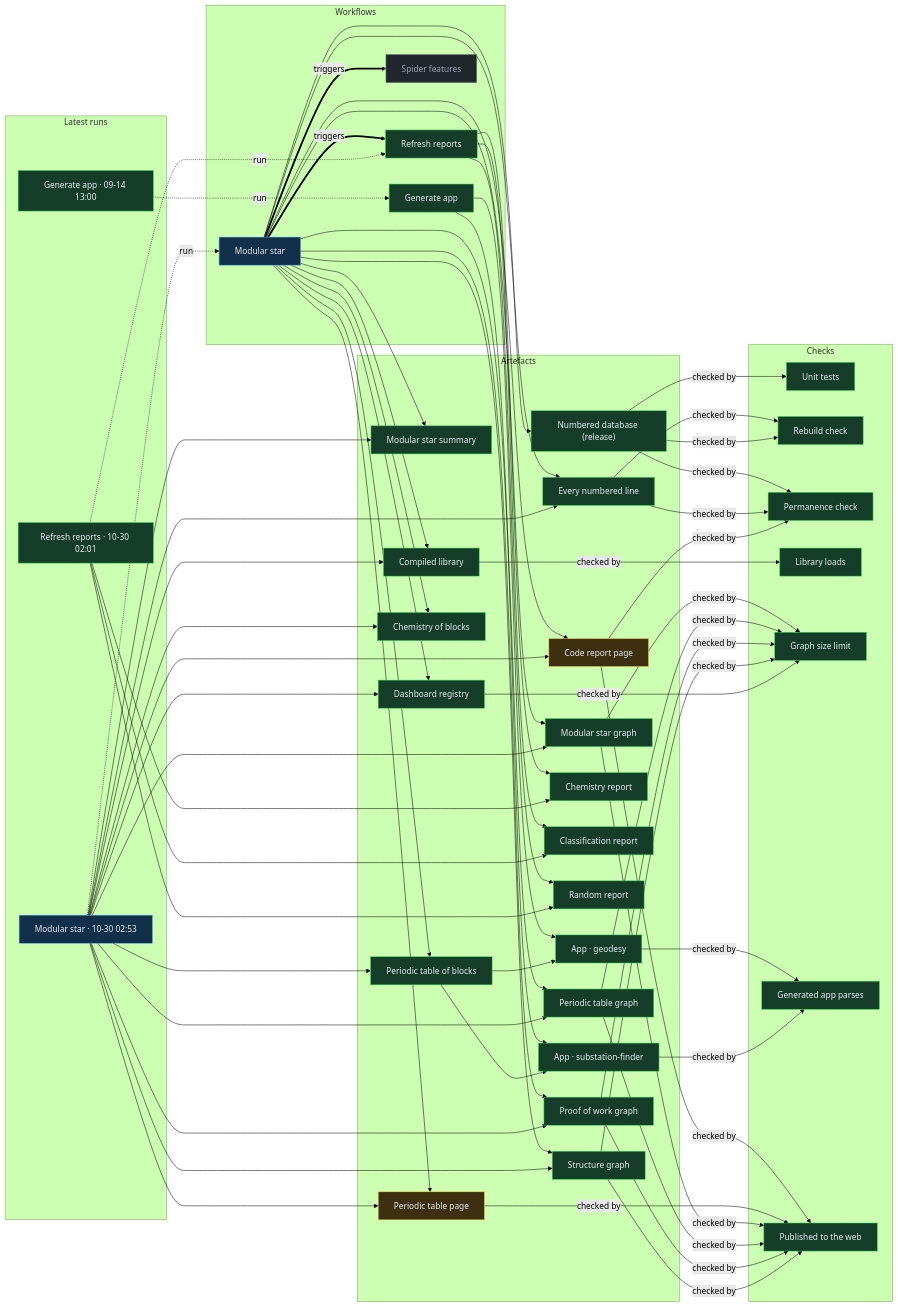
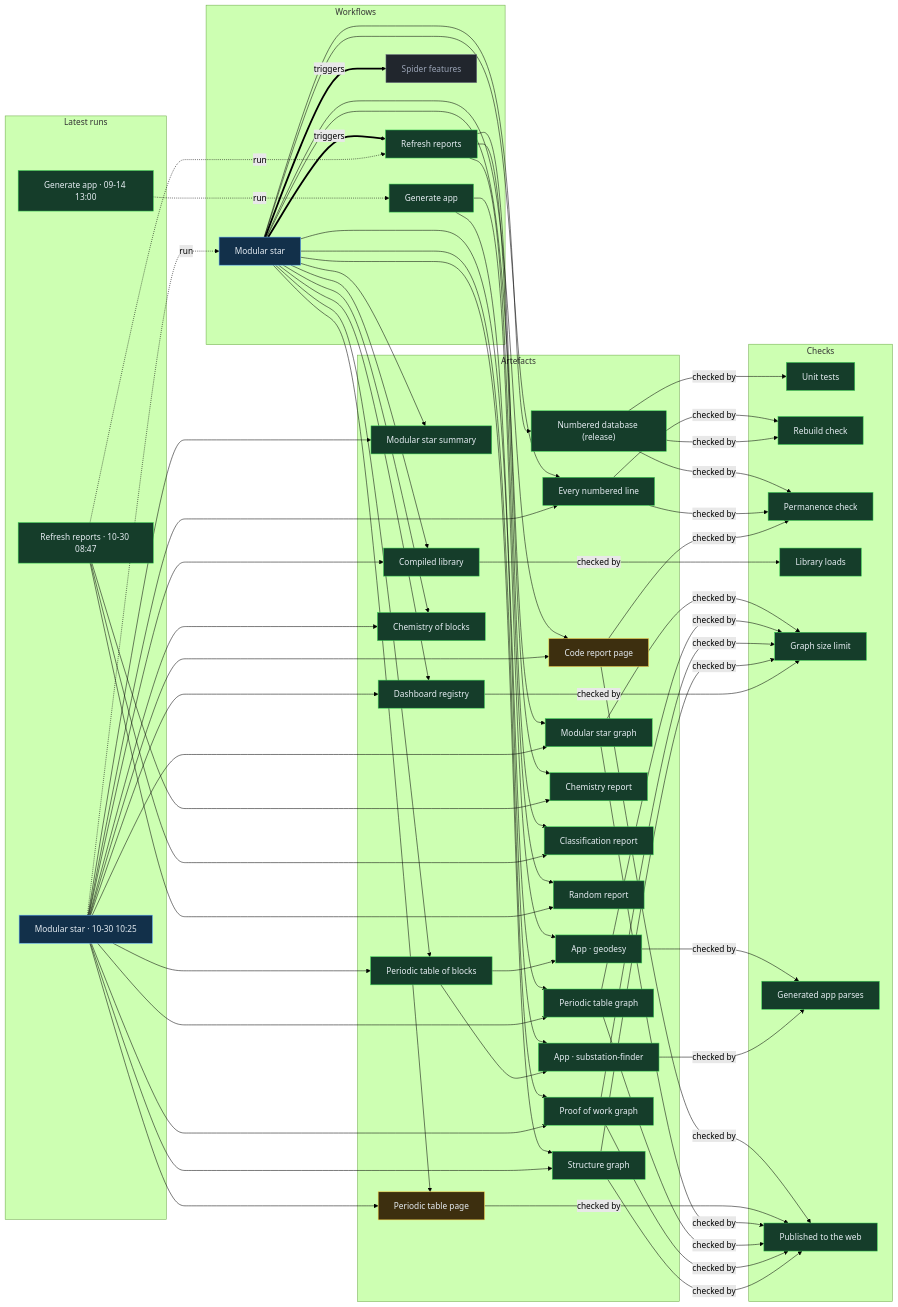
Before and after one commit to Ventusltd/stars: the diagram in proof/PROOF.md, drawn with Mermaid (forest theme). The commit also changed other lines of this file and 55 other files, not shown here.

Commit message:
Modular star 2026-10-30T10:28Z

```diff
--- a/proof/PROOF.md
+++ b/proof/PROOF.md
@@ -24,8 +24,8 @@
   n_wf_spider_features["Spider features"]:::off
   end
   subgraph g_runs["Latest runs"]
-  n_run_40994267073["Modular star · 10-30 02:53"]:::live
-  n_run_40989266316["Refresh reports · 10-30 02:01"]:::ok
+  n_run_41040652334["Modular star · 10-30 10:25"]:::live
+  n_run_41028803034["Refresh reports · 10-30 08:47"]:::ok
   n_run_34846587798["Generate app · 09-14 13:00"]:::ok
   end
   subgraph g_artefacts["Artefacts"]
@@ -59,39 +59,39 @@
   end
   n_wf_modular_star == triggers ==> n_wf_refresh
   n_wf_modular_star == triggers ==> n_wf_spider_features
-  n_run_40994267073 -. run .-> n_wf_modular_star
-  n_run_40989266316 -. run .-> n_wf_refresh
+  n_run_41040652334 -. run .-> n_wf_modular_star
+  n_run_41028803034 -. run .-> n_wf_refresh
   n_run_34846587798 -. run .-> n_wf_generate
   n_wf_modular_star --> n_art_summary
-  n_run_40994267073 --> n_art_summary
+  n_run_41040652334 --> n_art_summary
   n_wf_modular_star --> n_art_lines
-  n_run_40994267073 --> n_art_lines
+  n_run_41040652334 --> n_art_lines
   n_wf_modular_star --> n_art_code
-  n_run_40994267073 --> n_art_code
+  n_run_41040652334 --> n_art_code
   n_wf_modular_star --> n_art_modular_graph
-  n_run_40994267073 --> n_art_modular_graph
+  n_run_41040652334 --> n_art_modular_graph
   n_wf_modular_star --> n_art_blocks
-  n_run_40994267073 --> n_art_blocks
+  n_run_41040652334 --> n_art_blocks
   n_wf_modular_star --> n_art_table
-  n_run_40994267073 --> n_art_table
+  n_run_41040652334 --> n_art_table
   n_wf_modular_star --> n_art_blocks_graph
-  n_run_40994267073 --> n_art_blocks_graph
+  n_run_41040652334 --> n_art_blocks_graph
   n_wf_modular_star --> n_art_reactions
-  n_run_40994267073 --> n_art_reactions
+  n_run_41040652334 --> n_art_reactions
   n_wf_modular_star --> n_art_library
-  n_run_40994267073 --> n_art_library
+  n_run_41040652334 --> n_art_library
   n_wf_modular_star --> n_art_features
-  n_run_40994267073 --> n_art_features
+  n_run_41040652334 --> n_art_features
   n_wf_modular_star --> n_art_proof
-  n_run_40994267073 --> n_art_proof
+  n_run_41040652334 --> n_art_proof
   n_wf_modular_star --> n_art_structure
-  n_run_40994267073 --> n_art_structure
+  n_run_41040652334 --> n_art_structure
   n_wf_refresh --> n_art_chemistry
-  n_run_40989266316 --> n_art_chemistry
+  n_run_41028803034 --> n_art_chemistry
   n_wf_refresh --> n_art_vedic
-  n_run_40989266316 --> n_art_vedic
+  n_run_41028803034 --> n_art_vedic
   n_wf_refresh --> n_art_random
-  n_run_40989266316 --> n_art_random
+  n_run_41028803034 --> n_art_random
   n_wf_modular_star --> n_art_release
   n_wf_generate --> n_app_geodesy
   n_art_blocks --> n_app_geodesy
```
